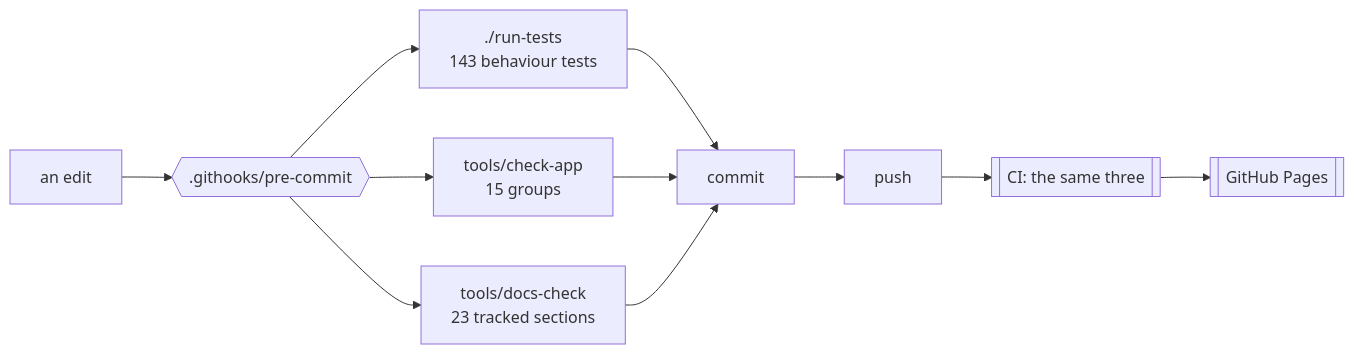
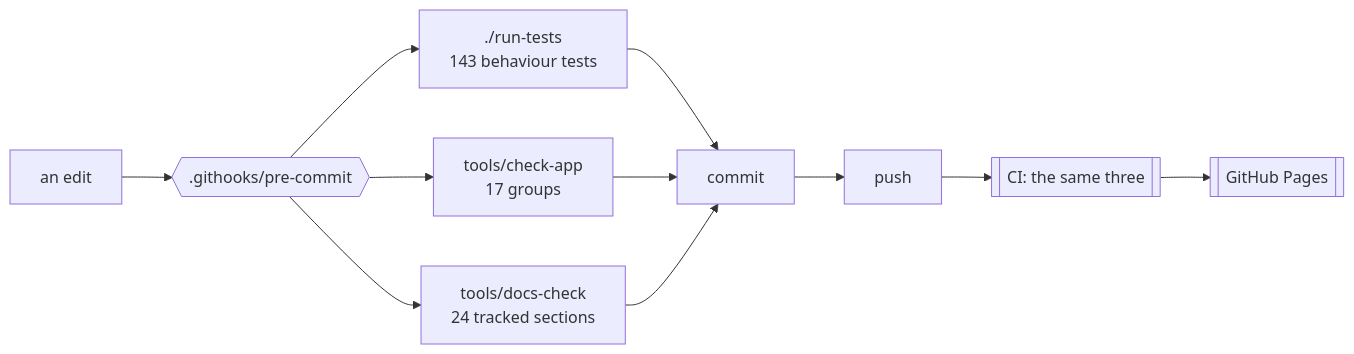
Before and after one commit to minormending/crystal-pilot-mobile: the first of 2 diagrams in docs/DEVELOPING.md, drawn with Mermaid. The commit also changed other lines of this file and 1 other file, not shown here.

````diff
--- a/docs/DEVELOPING.md
+++ b/docs/DEVELOPING.md
@@ -15,12 +15,12 @@
 ```mermaid
 flowchart LR
     E[an edit] --> H{{".githooks/pre-commit"}}
     H --> T["./run-tests<br/>143 behaviour tests"]
-    H --> C["tools/check-app<br/>15 groups"]
-    H --> D["tools/docs-check<br/>23 tracked sections"]
+    H --> C["tools/check-app<br/>17 groups"]
+    H --> D["tools/docs-check<br/>24 tracked sections"]
     T --> OK[commit]
     C --> OK
     D --> OK
     OK --> P[push] --> CI[["CI: the same three"]]
     CI --> PG[[GitHub Pages]]
 ```
````
